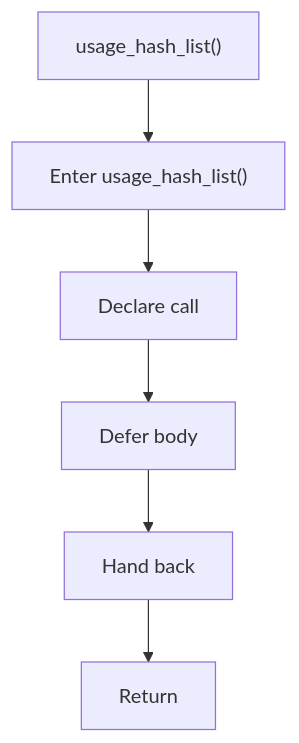
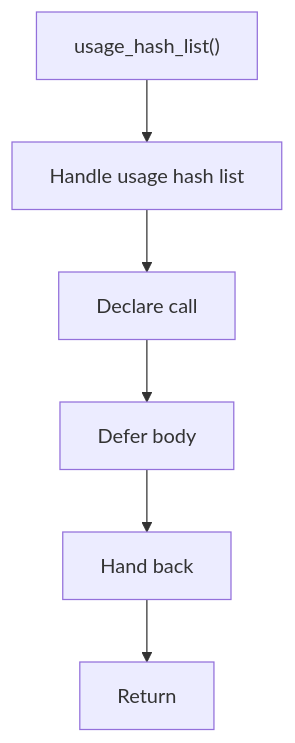
Before and after one commit to JohnAndrewBalbarosa/NeoTerritory: the diagram in docs/Codebase/Microservice/Modules/Header/SyntacticBrokenAST/Trees/Actual/Internal/Flow/functions/usage_hash_list.hpp.md, drawn with Mermaid. The commit also changed other lines of this file and 915 other files, not shown here.

````diff
--- a/docs/Codebase/Microservice/Modules/Header/SyntacticBrokenAST/Trees/Actual/Internal/Flow/functions/usage_hash_list.hpp.md
+++ b/docs/Codebase/Microservice/Modules/Header/SyntacticBrokenAST/Trees/Actual/Internal/Flow/functions/usage_hash_list.hpp.md
@@ -16,14 +16,14 @@
 ```mermaid
 flowchart TD
     Start["usage_hash_list()"]
-    N0["Enter usage_hash_list()"]
+    N0["Handle usage hash list"]
     N1["Declare call"]
     N2["Defer body"]
     N3["Hand back"]
     End["Return"]
     Start --> N0
     N0 --> N1
     N1 --> N2
     N2 --> N3
     N3 --> End
 ```
````
